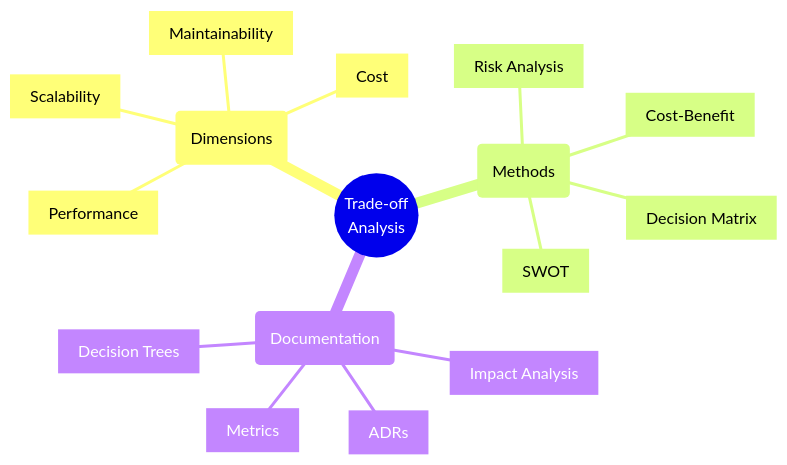
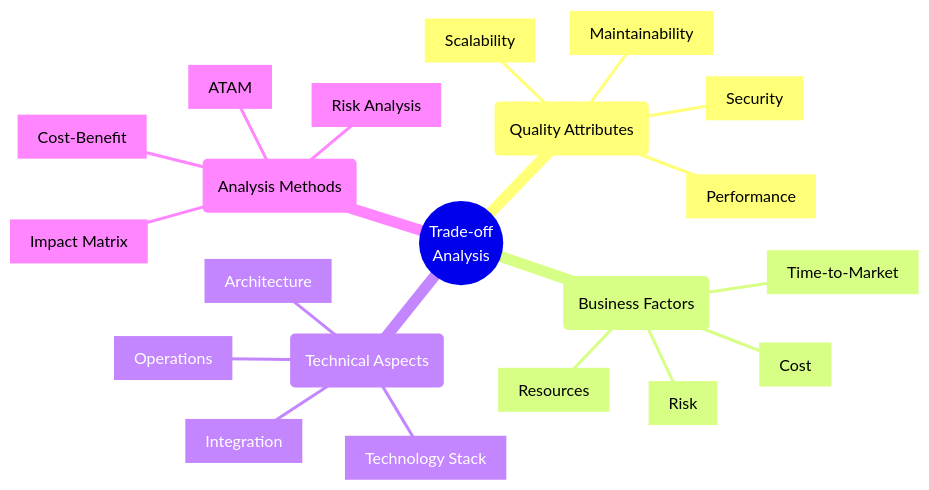
Before and after one commit to saravanakumarrc/Architecture_Journey: the first of 5 diagrams in src/Trade_off_Analysis.md, drawn with Mermaid. The commit also changed other lines of this file and 7 other files, not shown here.

First line of the commit message:
Refactor Trade-off Analysis documentation and enhance architecture governance models

````diff
--- a/src/Trade_off_Analysis.md
+++ b/src/Trade_off_Analysis.md
@@ -3,20 +3,25 @@
 ```mermaid
 mindmap
     root((Trade-off
         Analysis))
-        (Dimensions)
+        (Quality Attributes)
             [Performance]
+            [Scalability]
+            [Maintainability]
+            [Security]
+        (Business Factors)
             [Cost]
-            [Maintainability]
-            [Scalability]
-        (Methods)
+            [Time-to-Market]
+            [Resources]
+            [Risk]
+        (Technical Aspects)
+            [Architecture]
+            [Technology Stack]
+            [Integration]
+            [Operations]
+        (Analysis Methods)
+            [ATAM]
             [Cost-Benefit]
-            [SWOT]
-            [Decision Matrix]
             [Risk Analysis]
-        (Documentation)
-            [ADRs]
-            [Impact Analysis]
-            [Decision Trees]
-            [Metrics]
+            [Impact Matrix]
 ```
````
